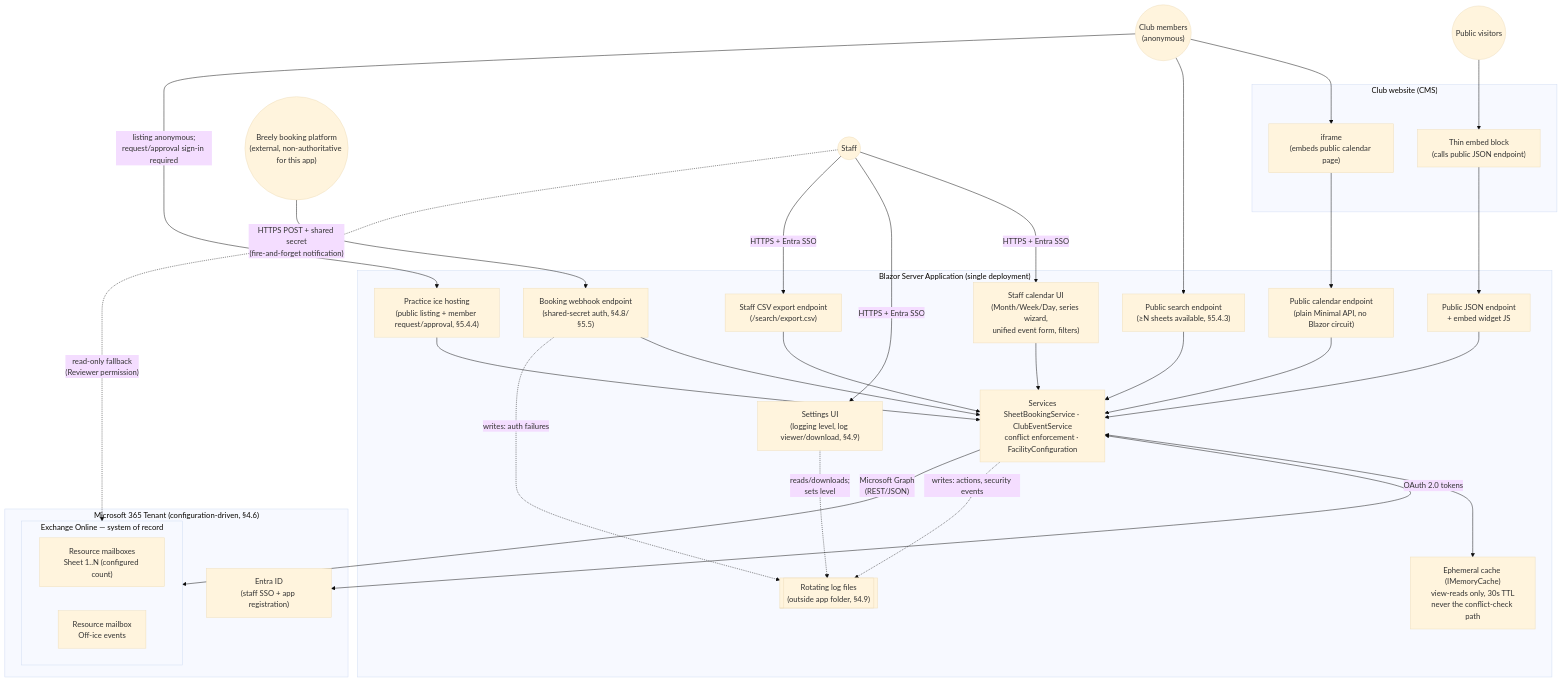
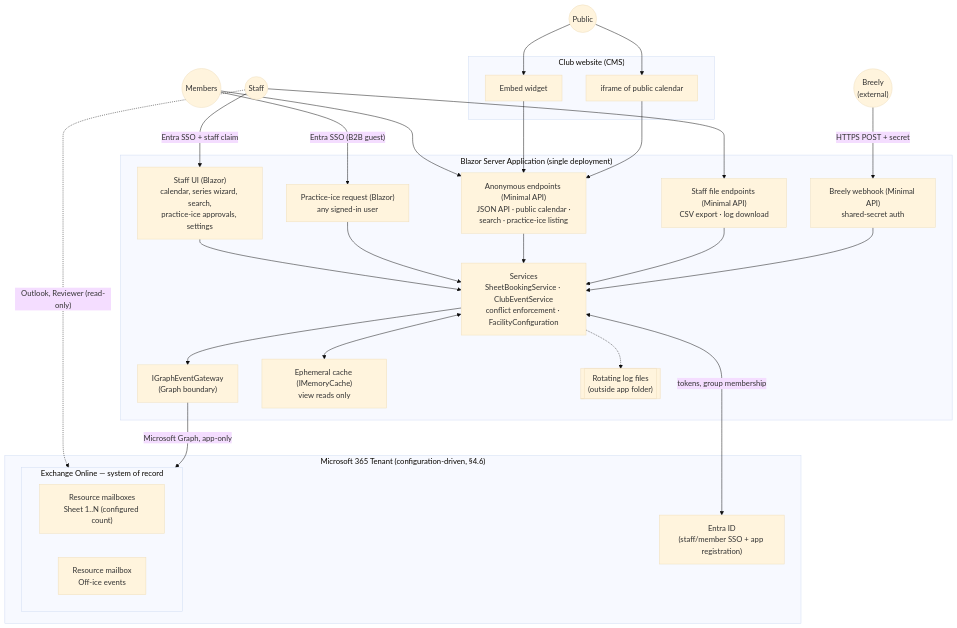
The diagram in docs/curling-facility-scheduling-architecture.md (canthe64/Club_Calendar), drawn with Mermaid (base theme) before and after one commit. The commit also changed other lines of this file and 4 other files, not shown here.

First line of the commit message:
Split the architecture doc: architecture + key decisions only

````diff
--- a/docs/curling-facility-scheduling-architecture.md
+++ b/docs/curling-facility-scheduling-architecture.md
@@ -77,57 +87,43 @@
 ```mermaid
 flowchart TB
     subgraph M365 ["Microsoft 365 Tenant (configuration-driven, §4.6)"]
-        EID["Entra ID<br/>(staff SSO + app registration)"]
+        EID["Entra ID<br/>(staff/member SSO + app registration)"]
         subgraph EXO ["Exchange Online — system of record"]
             SN["Resource mailboxes<br/>Sheet 1..N (configured count)"]
             CE["Resource mailbox<br/>Off-ice events"]
         end
     end
 
     subgraph App ["Blazor Server Application (single deployment)"]
-        UI["Staff calendar UI<br/>(Month/Week/Day, series wizard,<br/>unified event form, filters)"]
+        UI["Staff UI (Blazor)<br/>calendar, series wizard, search,<br/>practice-ice approvals, settings"]
         API["Services<br/>SheetBookingService · ClubEventService<br/>conflict enforcement · FacilityConfiguration"]
-        CACHE["Ephemeral cache (IMemoryCache)<br/>view-reads only, 30s TTL<br/>never the conflict-check path"]
-        PUBAPI["Public JSON endpoint<br/>+ embed widget JS"]
-        PUBCAL["Public calendar endpoint<br/>(plain Minimal API, no Blazor circuit)"]
-        PUBSEARCH["Public search endpoint<br/>(≥N sheets available, §5.4.3)"]
-        PUBPRACTICE["Practice ice hosting<br/>(public listing + member request/approval, §5.4.4)"]
-        EXPORT["Staff CSV export endpoint<br/>(/search/export.csv)"]
-        WEBHOOK["Booking webhook endpoint<br/>(shared-secret auth, §4.8/§5.5)"]
-        SETTINGS["Settings UI<br/>(logging level, log viewer/download, §4.9)"]
-        LOG[["Rotating log files<br/>(outside app folder, §4.9)"]]
+        GW["IGraphEventGateway<br/>(Graph boundary)"]
+        CACHE["Ephemeral cache (IMemoryCache)<br/>view reads only"]
+        PUB["Anonymous endpoints (Minimal API)<br/>JSON API · public calendar ·<br/>search · practice-ice listing"]
+        MEMBER_UI["Practice-ice request (Blazor)<br/>any signed-in user"]
+        STAFFHTTP["Staff file endpoints (Minimal API)<br/>CSV export · log download"]
+        WEBHOOK["Breely webhook (Minimal API)<br/>shared-secret auth"]
+        LOG[["Rotating log files<br/>(outside app folder)"]]
     end
 
     subgraph Web ["Club website (CMS)"]
-        EMBED["Thin embed block<br/>(calls public JSON endpoint)"]
-        IFRAME["iframe<br/>(embeds public calendar page)"]
+        EMBED["Embed widget"]
+        IFRAME["iframe of public calendar"]
     end
 
-    BREELY(("Breely booking platform<br/>(external, non-authoritative for this app)"))
+    BREELY(("Breely<br/>(external)"))
+    STAFF(("Staff")) -->|"Entra SSO + staff claim"| UI
+    STAFF --> STAFFHTTP
+    STAFF -.->|"Outlook, Reviewer (read-only)"| EXO
+    MEMBER(("Members")) -->|"Entra SSO (B2B guest)"| MEMBER_UI
+    MEMBER --> PUB
+    ANON(("Public")) --> EMBED & IFRAME
+    EMBED & IFRAME --> PUB
+    BREELY -->|"HTTPS POST + secret"| WEBHOOK
 
-    STAFF(("Staff")) -->|"HTTPS + Entra SSO"| UI
-    STAFF -->|"HTTPS + Entra SSO"| SETTINGS
-    MEMBER(("Club members<br/>(anonymous)")) --> IFRAME
-    MEMBER --> PUBSEARCH
-    MEMBER -->|"listing anonymous;<br/>request/approval sign-in required"| PUBPRACTICE
-    ANON(("Public visitors")) --> EMBED
-    STAFF -.->|"read-only fallback<br/>(Reviewer permission)"| EXO
-    STAFF -->|"HTTPS + Entra SSO"| EXPORT
-    BREELY -->|"HTTPS POST + shared secret<br/>(fire-and-forget notification)"| WEBHOOK
-
-    UI --> API
+    UI & MEMBER_UI & PUB & STAFFHTTP & WEBHOOK --> API
     API <--> CACHE
-    API -->|"Microsoft Graph<br/>(REST/JSON)"| EXO
-    API <-->|"OAuth 2.0 tokens"| EID
-    EMBED --> PUBAPI
-    IFRAME --> PUBCAL
-    PUBAPI --> API
-    PUBCAL --> API
-    PUBSEARCH --> API
-    PUBPRACTICE --> API
-    EXPORT --> API
-    WEBHOOK --> API
-    API -.->|"writes: actions, security events"| LOG
-    WEBHOOK -.->|"writes: auth failures"| LOG
-    SETTINGS -.->|"reads/downloads;<br/>sets level"| LOG
+    API --> GW -->|"Microsoft Graph, app-only"| EXO
+    API <-->|"tokens, group membership"| EID
+    API -.-> LOG
 ```
````
